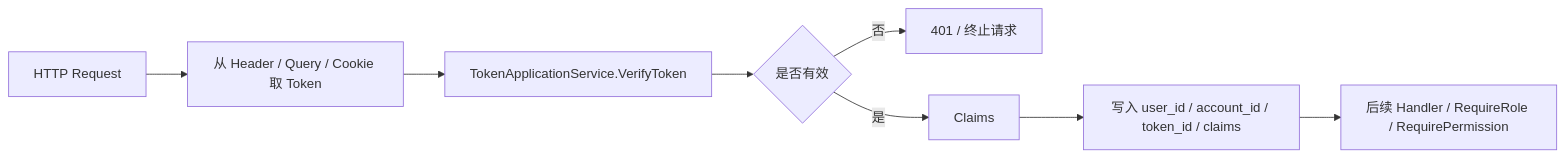
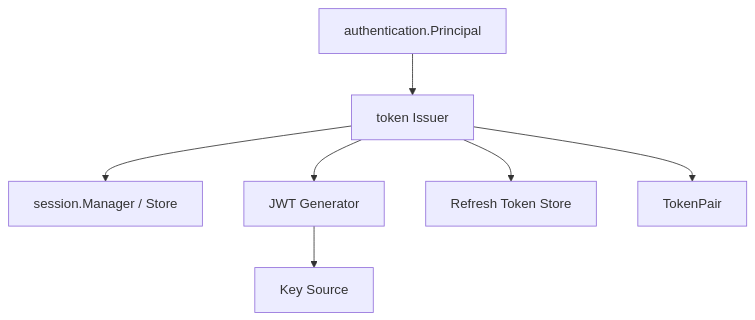
One commit to FangcunMount/iam changed the sixth of 7 diagrams in docs/05-专题分析/01-认证链路--从登录请求到 Token 与 JWKS.md. Above: the diagram before and after it, drawn with Mermaid. The commit also changed other lines of this file and 61 other files, not shown here.

````diff
--- a/docs/05-专题分析/01-认证链路--从登录请求到 Token 与 JWKS.md
+++ b/docs/05-专题分析/01-认证链路--从登录请求到 Token 与 JWKS.md
@@ -286,10 +201,16 @@
 ```mermaid
-flowchart LR
-    Req["HTTP Request"] --> Extract["从 Header / Query / Cookie 取 Token"]
-    Extract --> VerifySvc["TokenApplicationService.VerifyToken"]
-    VerifySvc --> Valid{"是否有效"}
-    Valid -- 否 --> Reject["401 / 终止请求"]
-    Valid -- 是 --> Claims["Claims"]
-    Claims --> Ctx["写入 user_id / account_id / token_id / claims"]
-    Ctx --> Next["后续 Handler / RequireRole / RequirePermission"]
+flowchart TD
+    Principal["authentication.Principal"]
+    Session["session.Manager / Store"]
+    Issuer["token Issuer"]
+    JWT["JWT Generator"]
+    KeySource["Key Source"]
+    RefreshStore["Refresh Token Store"]
+    Pair["TokenPair"]
+
+    Principal --> Issuer
+    Issuer --> Session
+    Issuer --> JWT --> KeySource
+    Issuer --> RefreshStore
+    Issuer --> Pair
 ```
````
